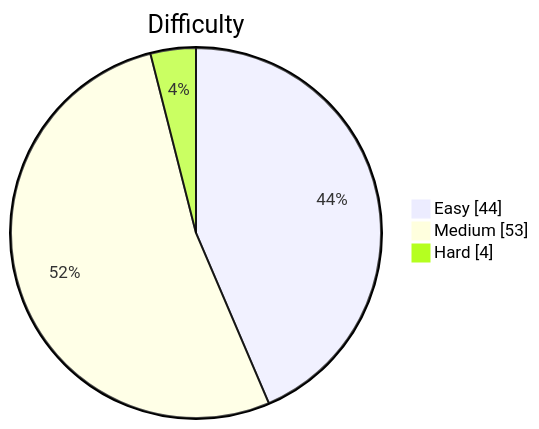
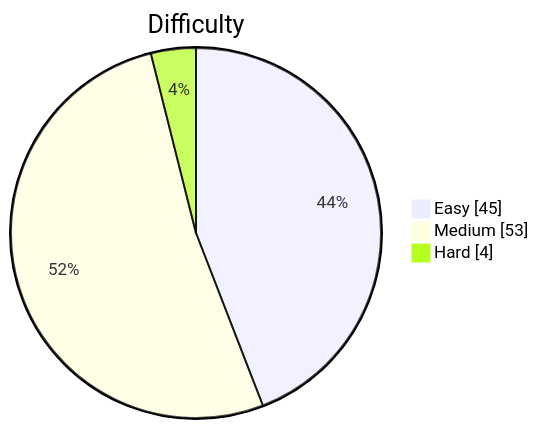
Before and after one commit to kevstevie/python-algo-practice: the diagram in README.md, drawn with Mermaid. The commit also changed other lines of this file, not shown here.

````diff
--- a/README.md
+++ b/README.md
@@ -13,7 +13,7 @@
 ```mermaid
 pie showData
     title Difficulty
-    "Easy"   : 44
+    "Easy"   : 45
     "Medium" : 53
     "Hard"   : 4
 ```
````
